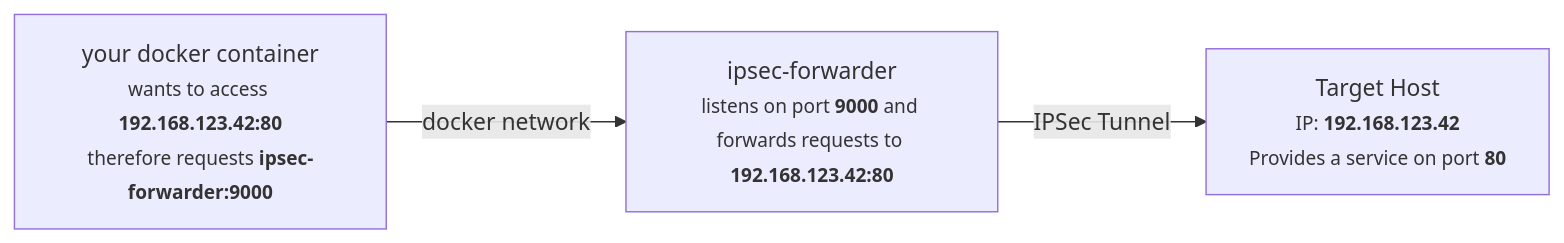
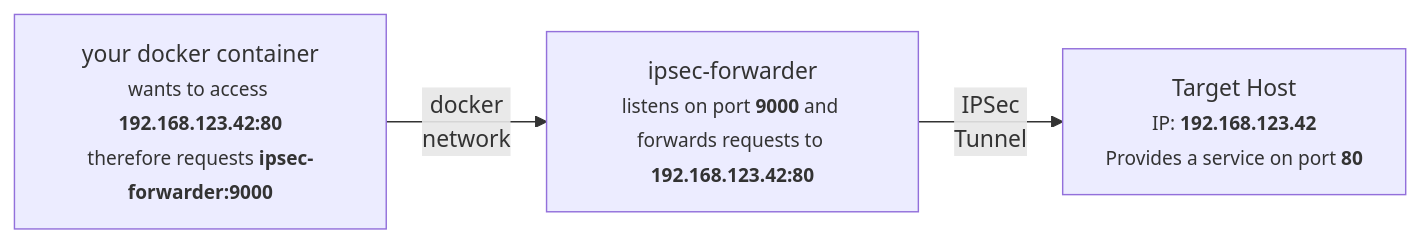
One commit to knrdl/ipsec-forwarder changed the diagram in README.md. Above: the diagram before and after it, drawn with Mermaid.

````diff
--- a/README.md
+++ b/README.md
@@ -7,9 +7,9 @@
 ```mermaid
 graph LR
 a[your docker container<br><small>wants to access <b>192.168.123.42:80</b></small><br><small>therefore requests <b>ipsec-forwarder:9000</b></small>]
 b[ipsec-forwarder<br><small>listens on port <b>9000</b> and <br>forwards requests to <b>192.168.123.42:80</b></small>]
 c[Target Host<br><small>IP: <b>192.168.123.42</b></small><br><small>Provides a service on port <b>80</b></small>]
 
-a-->|docker network| b
-b-->|IPSec Tunnel| c
+a-->|docker<br>network| b
+b-->|IPSec<br>Tunnel| c
 ```
````
